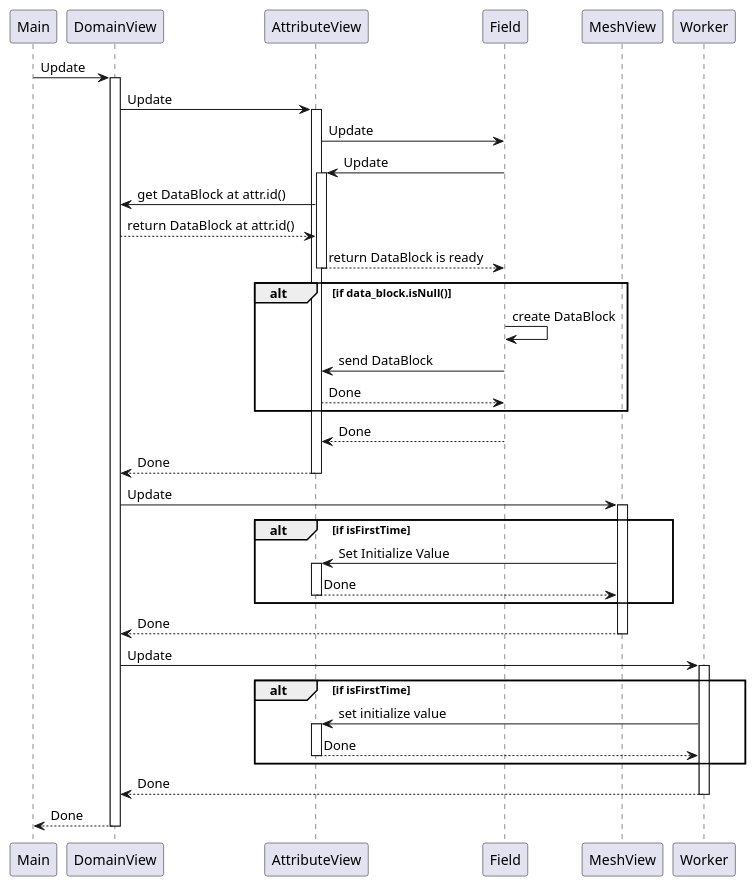
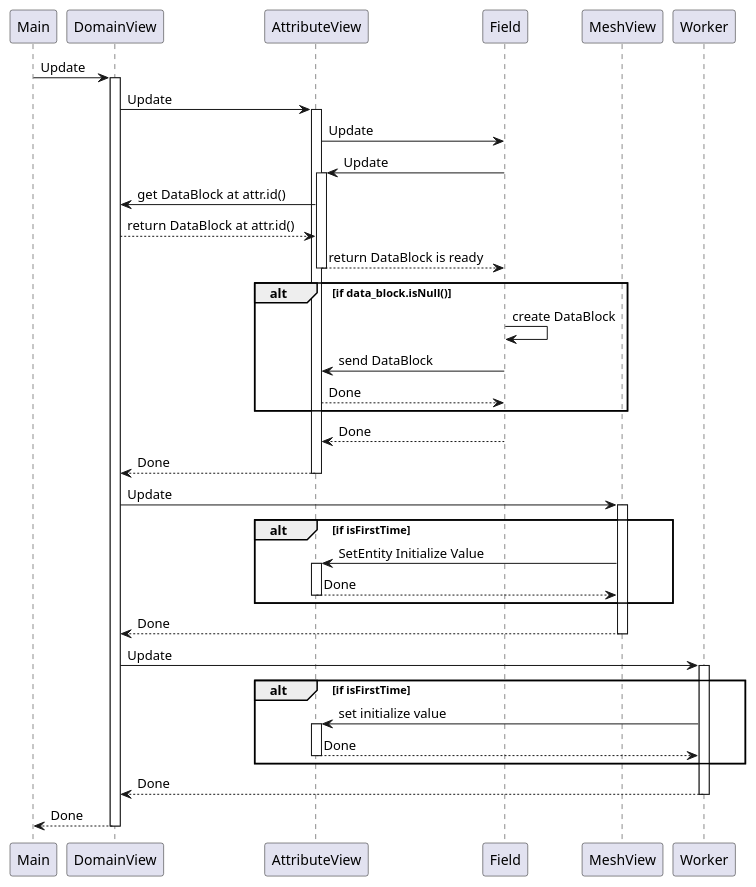
One commit to simpla-fusion/SimPla changed the fifth of 5 diagrams in src/simpla/engine/engine.puml. Above: the diagram before and after it, drawn with PlantUML. The commit also changed other lines of this file and 40 other files, not shown here.

```diff
--- a/src/simpla/engine/engine.puml
+++ b/src/simpla/engine/engine.puml
@@ -210,44 +210,44 @@
   @startuml
   Main ->DomainView: Update
   activate DomainView
       DomainView -> AttributeView : Update
       activate AttributeView
            AttributeView -> Field : Update
            Field -> AttributeView : Update
            activate AttributeView
                 AttributeView -> DomainView : get DataBlock at attr.id()
                 DomainView --> AttributeView : return DataBlock at attr.id()
                 AttributeView --> Field : return DataBlock is ready
            deactivate AttributeView
            alt if data_block.isNull()
                Field -> Field :  create DataBlock
                Field -> AttributeView : send DataBlock
                AttributeView --> Field : Done
            end
            Field --> AttributeView : Done
            AttributeView --> DomainView : Done
       deactivate AttributeView
       DomainView -> MeshView : Update
       activate MeshView
            alt if isFirstTime
-               MeshView -> AttributeView : Set Initialize Value
+               MeshView -> AttributeView : SetEntity Initialize Value
                activate AttributeView
                     AttributeView --> MeshView : Done
                deactivate AttributeView
            end
            MeshView --> DomainView : Done
       deactivate MeshView
       DomainView -> Worker : Update
       activate Worker
            alt if isFirstTime
                Worker -> AttributeView : set initialize value
                activate AttributeView
                    AttributeView --> Worker : Done
                deactivate AttributeView
            end
            Worker --> DomainView : Done
       deactivate Worker
       DomainView --> Main : Done
   deactivate DomainView
   deactivate Main
   @enduml
```
